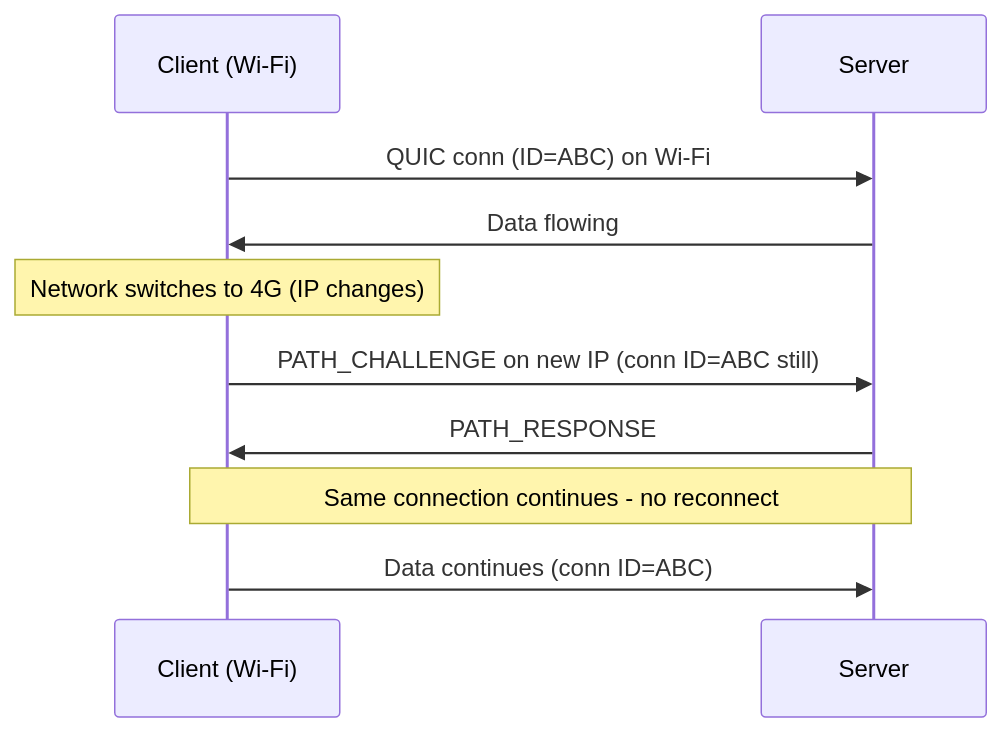
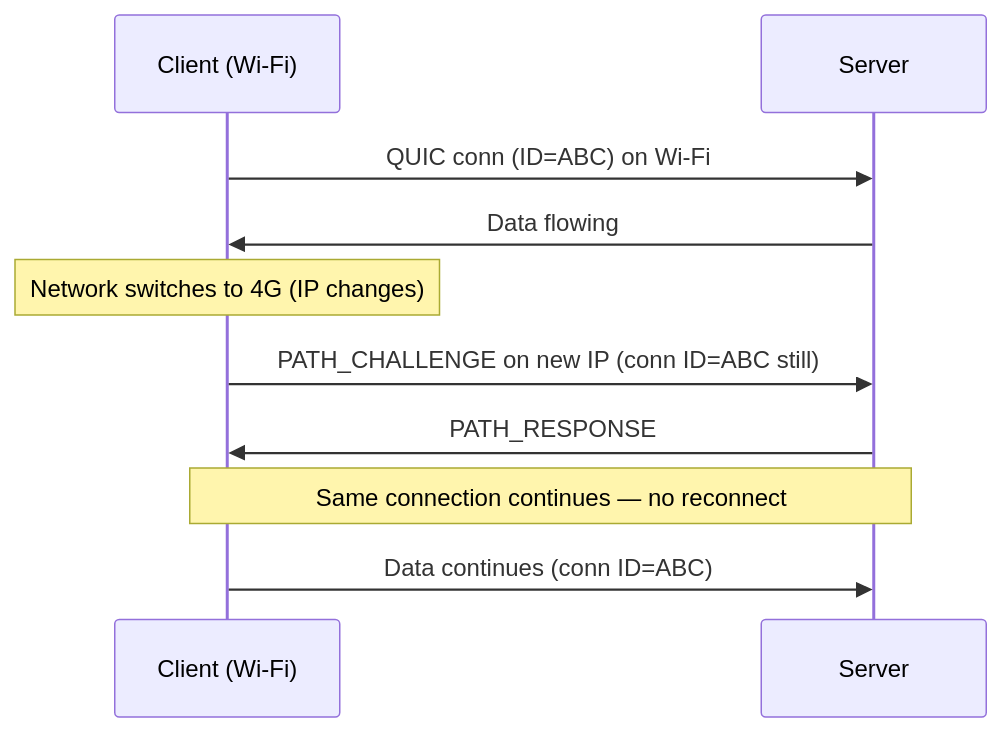
Diagram 11 of 13 in interview/http-evolution-interview-notes.md (veenayaksirohi/DITISS), drawn with Mermaid before and after one commit. The commit also changed other lines of this file and 3 other files, not shown here.

````diff
--- a/interview/http-evolution-interview-notes.md
+++ b/interview/http-evolution-interview-notes.md
@@ -391,12 +746,12 @@
 ```mermaid
 sequenceDiagram
     participant C as Client (Wi-Fi)
     participant S as Server
     C->>S: QUIC conn (ID=ABC) on Wi-Fi
     S->>C: Data flowing
     Note over C: Network switches to 4G (IP changes)
     C->>S: PATH_CHALLENGE on new IP (conn ID=ABC still)
     S->>C: PATH_RESPONSE
-    Note over C,S: Same connection continues - no reconnect
+    Note over C,S: Same connection continues — no reconnect
     C->>S: Data continues (conn ID=ABC)
 ```
````
